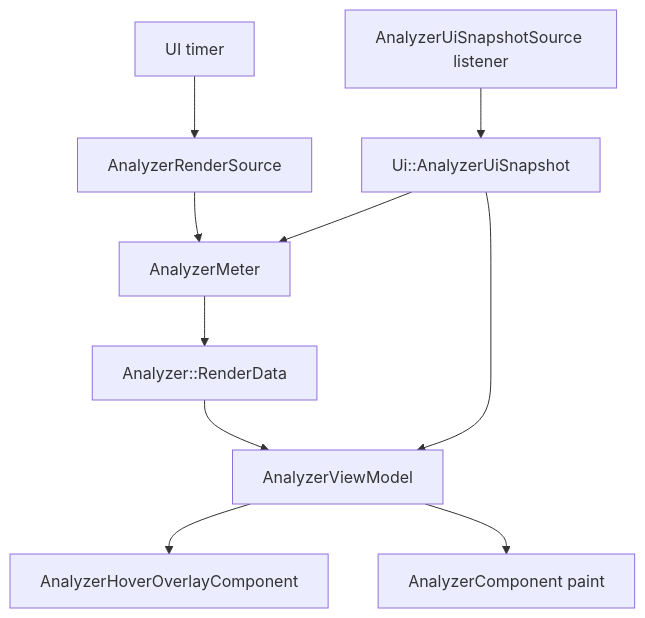
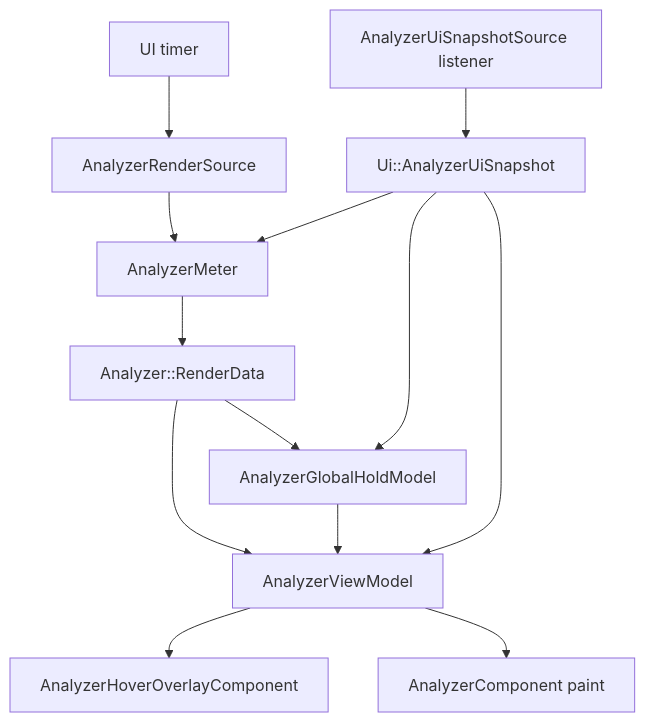
One commit to Silenterc/Band-Spectrum-Analyzer changed the second of 2 diagrams in docs/ui-architecture.md. Above: the diagram before and after it, drawn with Mermaid. The commit also changed other lines of this file and 19 other files, not shown here.

````diff
--- a/docs/ui-architecture.md
+++ b/docs/ui-architecture.md
@@ -157,12 +158,15 @@
 ```mermaid
 flowchart TD
     Timer[UI timer] --> RenderSource[AnalyzerRenderSource]
     SnapshotEvents[AnalyzerUiSnapshotSource listener] --> Snapshot[Ui::AnalyzerUiSnapshot]
     RenderSource --> Meter[AnalyzerMeter]
     Snapshot --> Meter
     Meter --> RenderData[Analyzer::RenderData]
+    RenderData --> Hold[AnalyzerGlobalHoldModel]
+    Snapshot --> Hold
     RenderData --> ViewModel[AnalyzerViewModel]
+    Hold --> ViewModel
     Snapshot --> ViewModel
     ViewModel --> Overlay[AnalyzerHoverOverlayComponent]
     ViewModel --> Paint[AnalyzerComponent paint]
 ```
````
